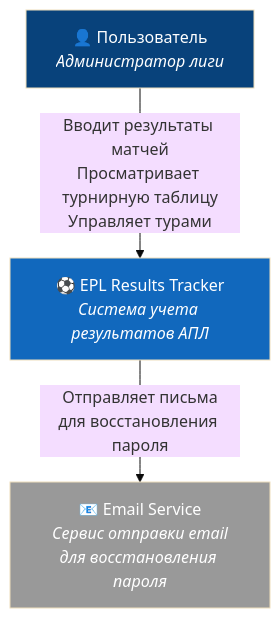
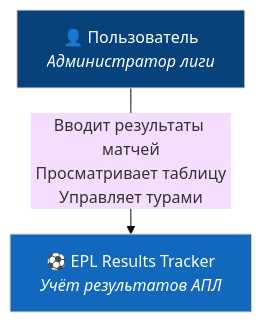
The first of 3 diagrams in architecture/architecture-gitbook.md (shishovam/My-Test-Repository), drawn with Mermaid (base theme) before and after one commit. The commit also changed other lines of this file, not shown here.

````diff
--- a/architecture/architecture-gitbook.md
+++ b/architecture/architecture-gitbook.md
@@ -9,15 +9,11 @@
 ```mermaid
 graph TB
     User["👤 Пользователь<br/><i>Администратор лиги</i>"]
-    
-    System["⚽ EPL Results Tracker<br/><i>Система учета результатов АПЛ</i>"]
-    
-    Email["📧 Email Service<br/><i>Сервис отправки email<br/>для восстановления пароля</i>"]
-    
-    User -->|"Вводит результаты матчей<br/>Просматривает турнирную таблицу<br/>Управляет турами"| System
-    System -->|"Отправляет письма<br/>для восстановления пароля"| Email
-    
+
+    System["⚽ EPL Results Tracker<br/><i>Учёт результатов АПЛ</i>"]
+
+    User -->|"Вводит результаты матчей<br/>Просматривает таблицу<br/>Управляет турами"| System
+
     style User fill:#08427b,color:#fff
     style System fill:#1168bd,color:#fff
-    style Email fill:#999,color:#fff
 ```
````
